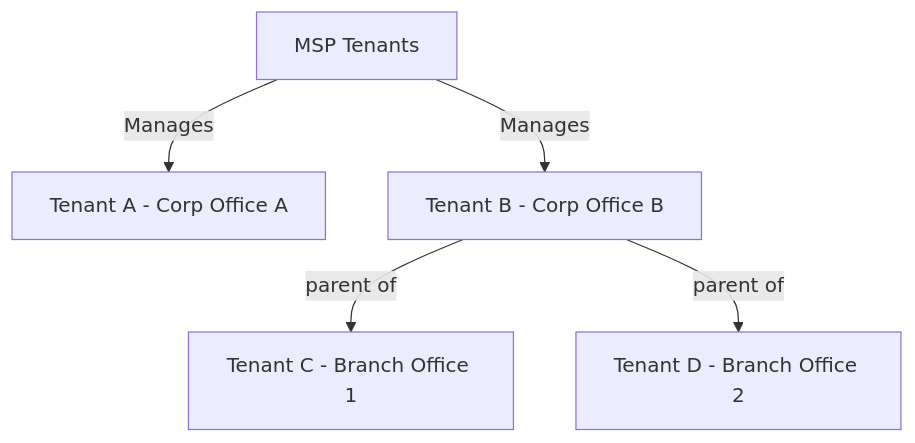
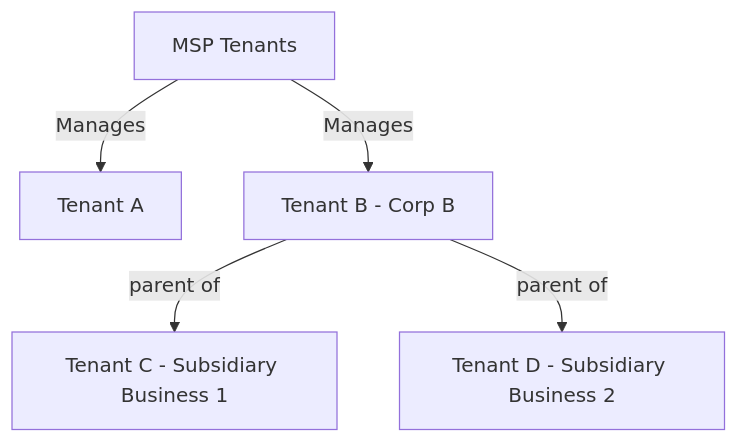
The diagram in Documentation/Administration/tenant-management.md (immense/immybot-documentation), drawn with Mermaid before and after one commit. The commit also changed other lines of this file and 4 other files, not shown here.

````diff
--- a/Documentation/Administration/tenant-management.md
+++ b/Documentation/Administration/tenant-management.md
@@ -15,7 +15,7 @@
 ```mermaid
 graph TD
-    A[MSP Tenants] -->|Manages| B[Tenant A - Corp Office A]
-    A -->|Manages| C[Tenant B - Corp Office B]
-    C -->|parent of| D[Tenant C - Branch Office 1]
-    C -->|parent of| E[Tenant D - Branch Office 2]
+    A[MSP Tenants] -->|Manages| B[Tenant A]
+    A -->|Manages| C[Tenant B - Corp B]
+    C -->|parent of| D[Tenant C - Subsidiary Business 1]
+    C -->|parent of| E[Tenant D - Subsidiary Business 2]
 ```
````
